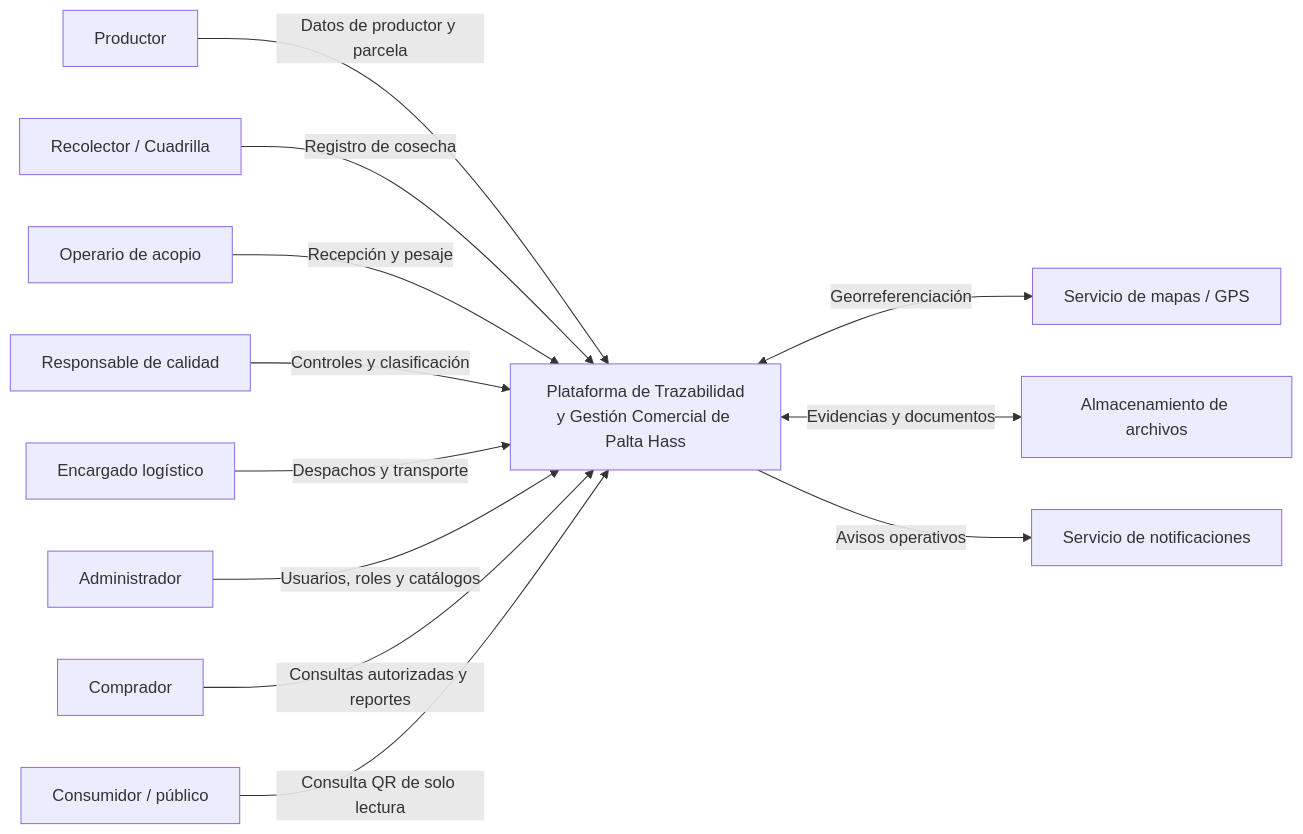
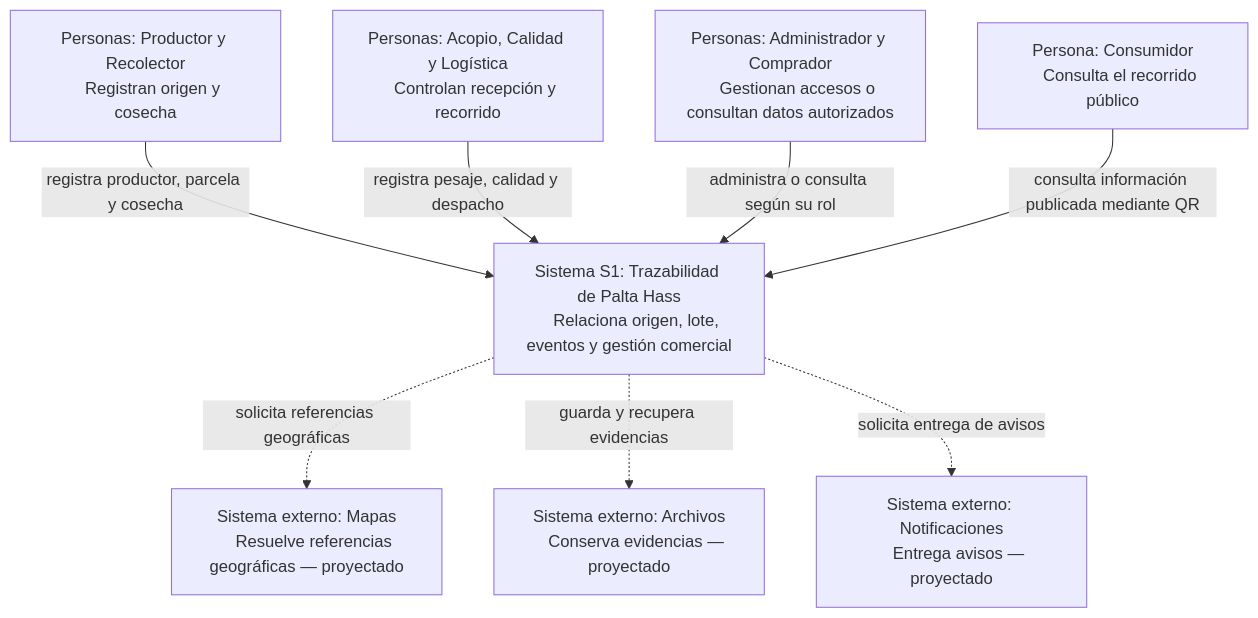
Before and after one commit to carlosgaraundo27-svg/Trazabilidad-Agricola-Arquitectura: the first of 5 diagrams in docs/04-modelo-c4/modelo-c4.md, drawn with Mermaid. The commit also changed other lines of this file and 12 other files, not shown here.

```diff
--- a/docs/04-modelo-c4/modelo-c4.md
+++ b/docs/04-modelo-c4/modelo-c4.md
@@ -16,30 +22,26 @@
 ~~~mermaid
-flowchart LR
-    PRODUCER["Productor"]
-    FIELD["Recolector / Cuadrilla"]
-    OPS["Operario de acopio"]
-    QA["Responsable de calidad"]
-    LOGI["Encargado logístico"]
-    ADMIN["Administrador"]
-    BUYER["Comprador"]
-    PUBLIC["Consumidor / público"]
-
-    SYSTEM["Plataforma de Trazabilidad<br/>y Gestión Comercial de Palta Hass"]
-
-    MAPS["Servicio de mapas / GPS"]
-    STORAGE["Almacenamiento de archivos"]
-    NOTIFY["Servicio de notificaciones"]
-
-    PRODUCER -->|"Datos de productor y parcela"| SYSTEM
-    FIELD -->|"Registro de cosecha"| SYSTEM
-    OPS -->|"Recepción y pesaje"| SYSTEM
-    QA -->|"Controles y clasificación"| SYSTEM
-    LOGI -->|"Despachos y transporte"| SYSTEM
-    ADMIN -->|"Usuarios, roles y catálogos"| SYSTEM
-    BUYER -->|"Consultas autorizadas y reportes"| SYSTEM
-    PUBLIC -->|"Consulta QR de solo lectura"| SYSTEM
-
-    SYSTEM <-->|"Georreferenciación"| MAPS
-    SYSTEM <-->|"Evidencias y documentos"| STORAGE
-    SYSTEM -->|"Avisos operativos"| NOTIFY
+flowchart TB
+    CAMPO["Personas: Productor y Recolector
+    Registran origen y cosecha"]
+    OPER["Personas: Acopio, Calidad y Logística
+    Controlan recepción y recorrido"]
+    GEST["Personas: Administrador y Comprador
+    Gestionan accesos o consultan datos autorizados"]
+    PUBLICO["Persona: Consumidor
+    Consulta el recorrido público"]
+    S1["Sistema S1: Trazabilidad de Palta Hass
+    Relaciona origen, lote, eventos y gestión comercial"]
+    MAP["Sistema externo: Mapas
+    Resuelve referencias geográficas — proyectado"]
+    ARC["Sistema externo: Archivos
+    Conserva evidencias — proyectado"]
+    AV["Sistema externo: Notificaciones
+    Entrega avisos — proyectado"]
+    CAMPO -->|"registra productor, parcela y cosecha"| S1
+    OPER -->|"registra pesaje, calidad y despacho"| S1
+    GEST -->|"administra o consulta según su rol"| S1
+    PUBLICO -->|"consulta información publicada mediante QR"| S1
+    S1 -.->|"solicita referencias geográficas"| MAP
+    S1 -.->|"guarda y recupera evidencias"| ARC
+    S1 -.->|"solicita entrega de avisos"| AV
 ~~~
```
